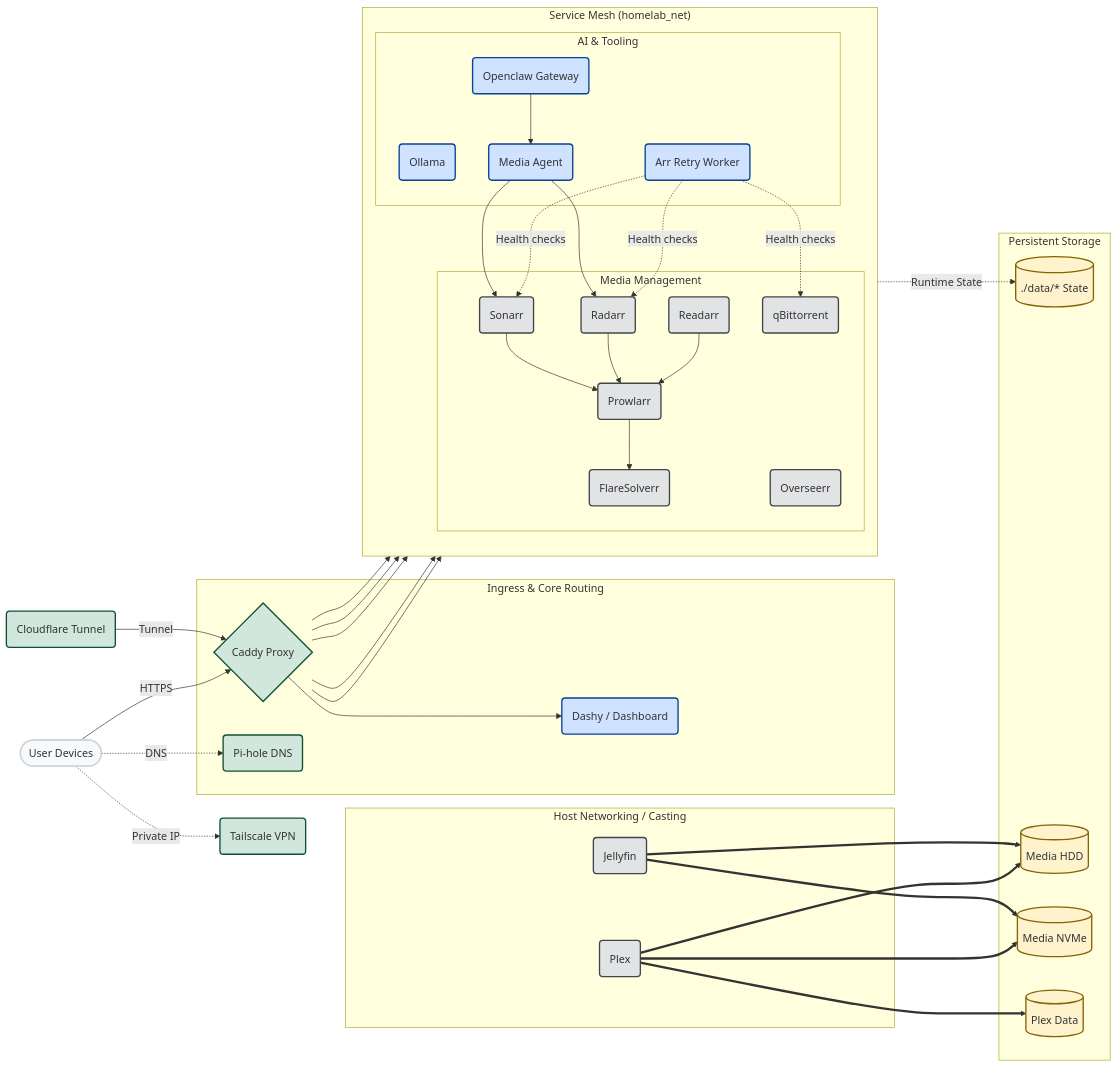
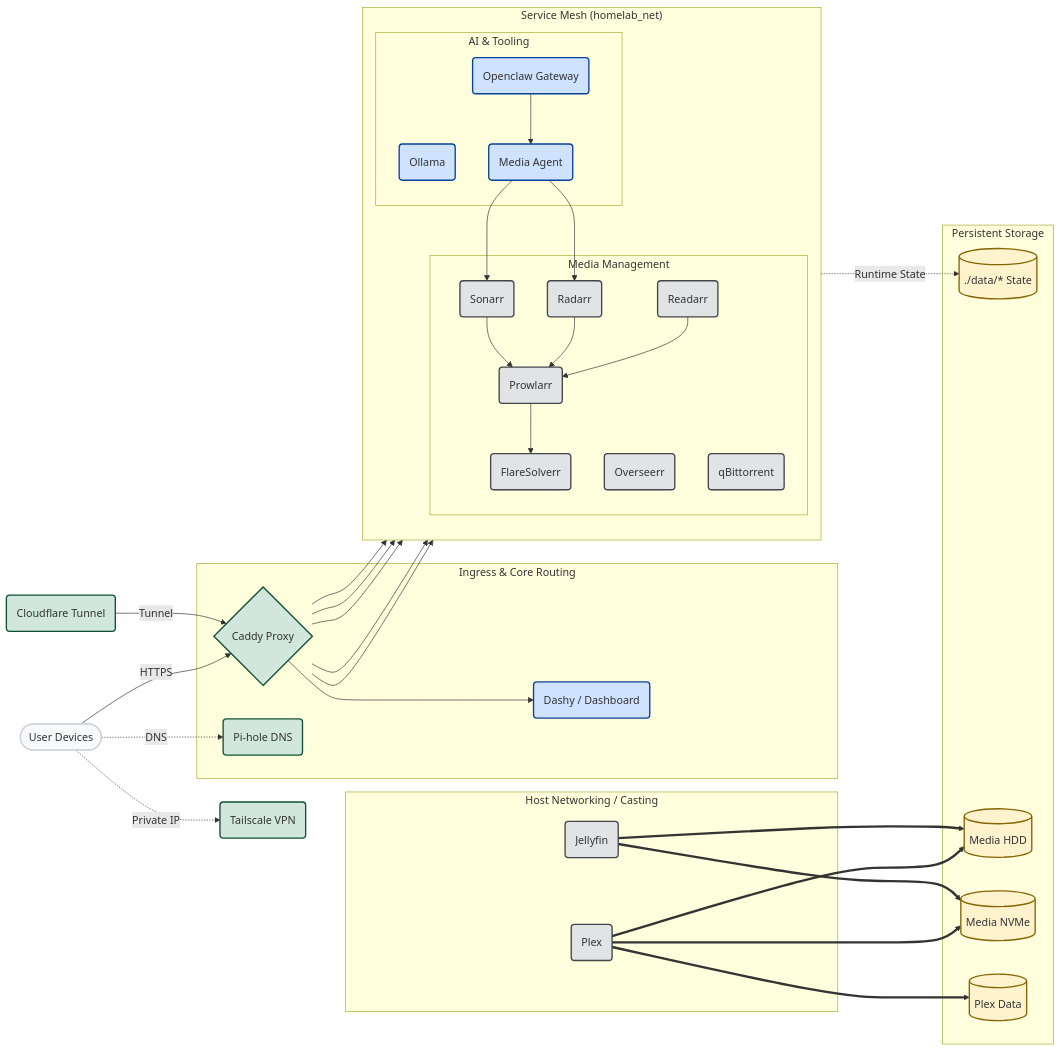
Before and after one commit to jon-robbins/homelab: the second of 4 diagrams in README.md, drawn with Mermaid. The commit also changed other lines of this file and 41 other files, not shown here.

First line of the commit message:
refactor: simplify compose + retire jackett/arr-retry

````diff
--- a/README.md
+++ b/README.md
@@ -17,74 +91,72 @@
 ```mermaid
 flowchart LR
     %% Styling Classes
     classDef external fill:#f8f9fa,stroke:#ced4da,stroke-width:2px;
     classDef ingress fill:#d1e7dd,stroke:#0f5132,stroke-width:2px;
     classDef core fill:#cfe2ff,stroke:#084298,stroke-width:2px;
     classDef media fill:#e2e3e5,stroke:#41464b,stroke-width:2px;
     classDef storage fill:#fff3cd,stroke:#856404,stroke-width:2px;
 
     %% External / Entry Points
     User([User Devices]):::external
     Tailscale(Tailscale VPN):::ingress
     Cloudflare(Cloudflare Tunnel):::ingress
 
     subgraph Front ["Ingress & Core Routing"]
         Caddy{Caddy Proxy}:::ingress
         Pihole(Pi-hole DNS):::ingress
         Dashy(Dashy / Dashboard):::core
     end
 
     subgraph Services ["Service Mesh (homelab_net)"]
         direction TB
         subgraph MediaStack ["Media Management"]
             Overseerr(Overseerr):::media
             Sonarr(Sonarr):::media
             Radarr(Radarr):::media
             Readarr(Readarr):::media
             Qbit(qBittorrent):::media
             Prowlarr(Prowlarr):::media
             FlareSolverr(FlareSolverr):::media
         end
 
         subgraph AI_Tools ["AI & Tooling"]
             Ollama(Ollama):::core
             Openclaw(Openclaw Gateway):::core
             MediaAgent(Media Agent):::core
-            ArrRetry(Arr Retry Worker):::core
         end
     end
 
     subgraph HostServices ["Host Networking / Casting"]
         Plex(Plex):::media
         Jellyfin(Jellyfin):::media
     end
 
     subgraph Storage ["Persistent Storage"]
         Data[(./data/* State)]:::storage
         MediaHDD[(Media HDD)]:::storage
         MediaNVMe[(Media NVMe)]:::storage
         PlexData[(Plex Data)]:::storage
     end
 
     %% Network Routing
     User -->|HTTPS| Caddy
     User -.->|DNS| Pihole
     User -.->|Private IP| Tailscale
     Cloudflare -->|Tunnel| Caddy
 
     %% Proxy to Services
     Caddy --> Dashy & Overseerr & Sonarr & Qbit
     Caddy --> Ollama & Openclaw
 
     %% Backend Communication
     Sonarr & Radarr & Readarr --> Prowlarr
     Prowlarr --> FlareSolverr
     Openclaw --> MediaAgent
     MediaAgent --> Sonarr & Radarr
-    ArrRetry -.->|Health checks| Qbit & Sonarr & Radarr
 
     %% Storage Mapping (Kept clean)
     Plex & Jellyfin ==> MediaHDD & MediaNVMe
     Plex ==> PlexData
     Services -.->|Runtime State| Data
 ```
````
